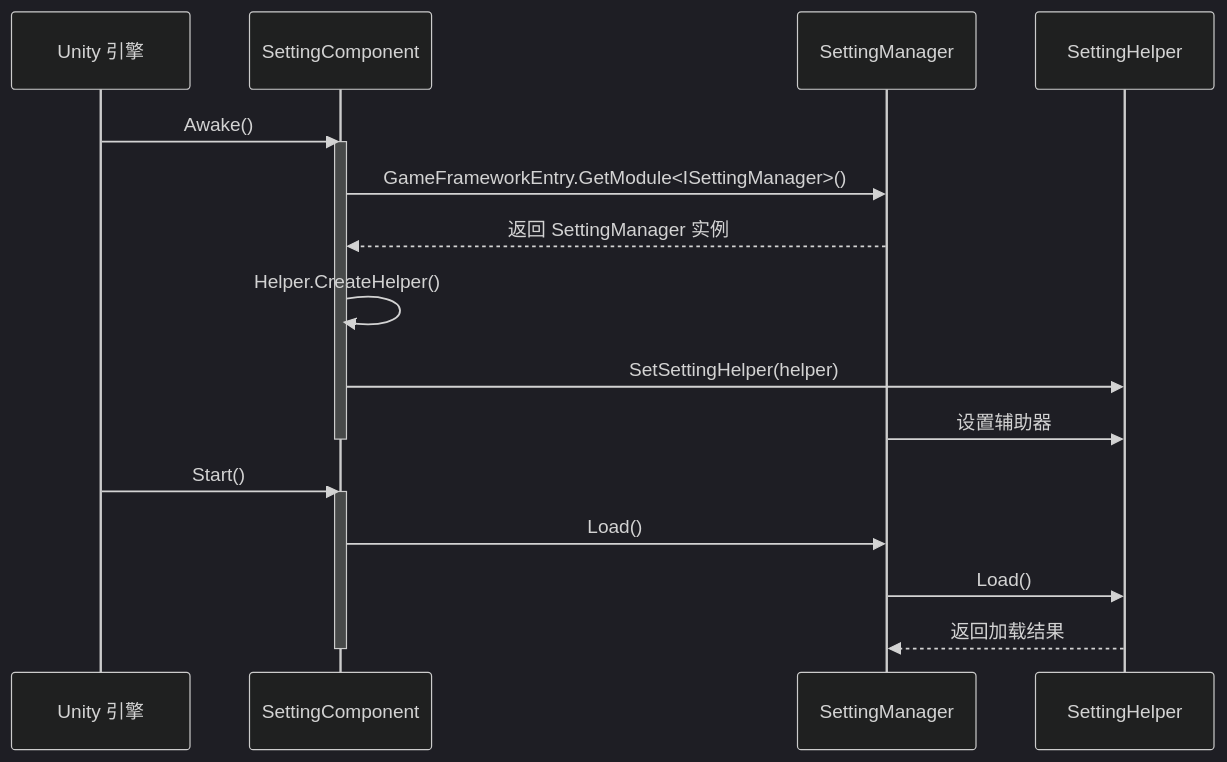
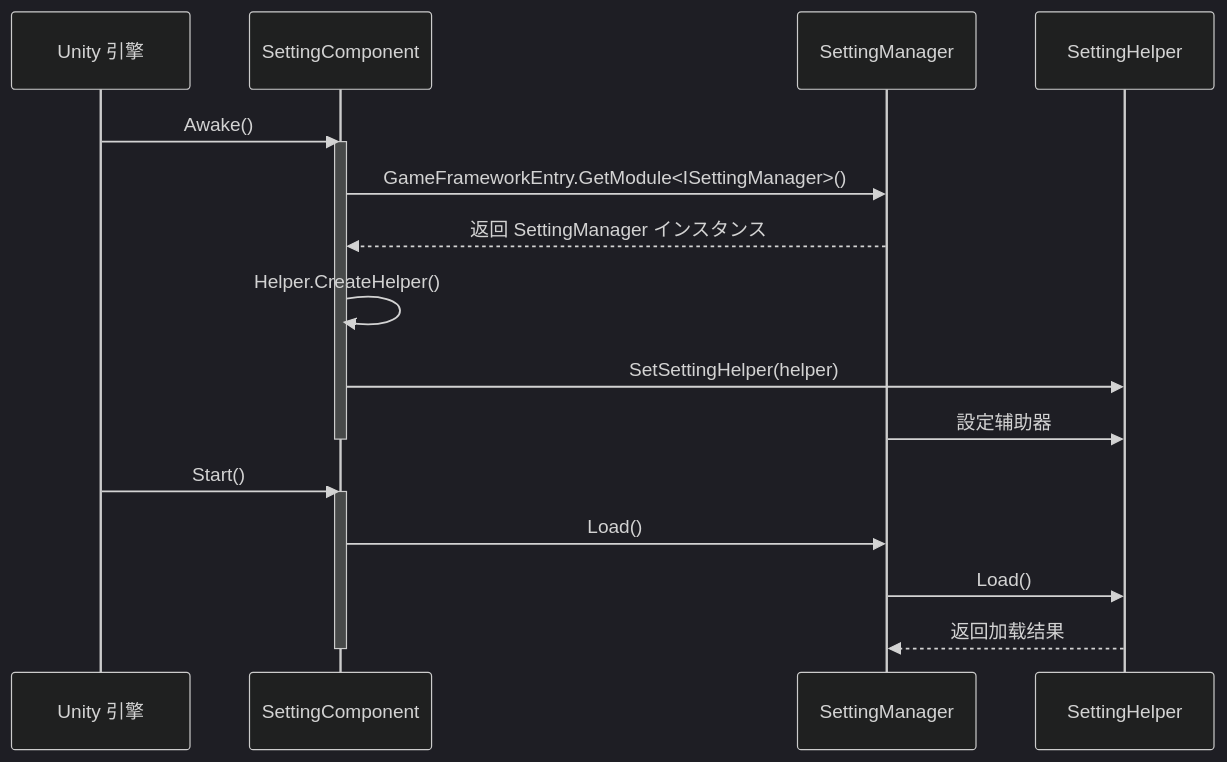
The second of 2 diagrams in docs/ja/client/unity/component/setting/04.features.md (AlianBlank/GameFrameX.Docs), drawn with Mermaid (dark theme) before and after one commit. The commit also changed other lines of this file and 603 other files, not shown here.

````diff
--- a/docs/ja/client/unity/component/setting/04.features.md
+++ b/docs/ja/client/unity/component/setting/04.features.md
@@ -207,23 +207,23 @@
 ```mermaid
 sequenceDiagram
     participant Unity as Unity 引擎
     participant SC as SettingComponent
     participant SM as SettingManager
     participant SH as SettingHelper
 
     Unity->>SC: Awake()
     activate SC
     SC->>SM: GameFrameworkEntry.GetModule<ISettingManager>()
-    SM-->>SC: 返回 SettingManager 实例
+    SM-->>SC: 返回 SettingManager インスタンス
     SC->>SC: Helper.CreateHelper()
     SC->>SH: SetSettingHelper(helper)
-    SM->>SH: 设置辅助器
+    SM->>SH: 設定辅助器
     deactivate SC
     
     Unity->>SC: Start()
     activate SC
     SC->>SM: Load()
     SM->>SH: Load()
     SH-->>SM: 返回加载结果
     deactivate SC
 ```
````
